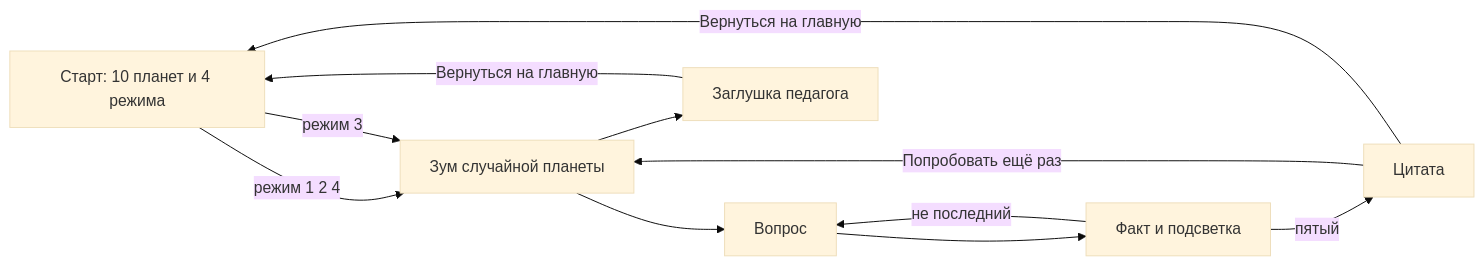
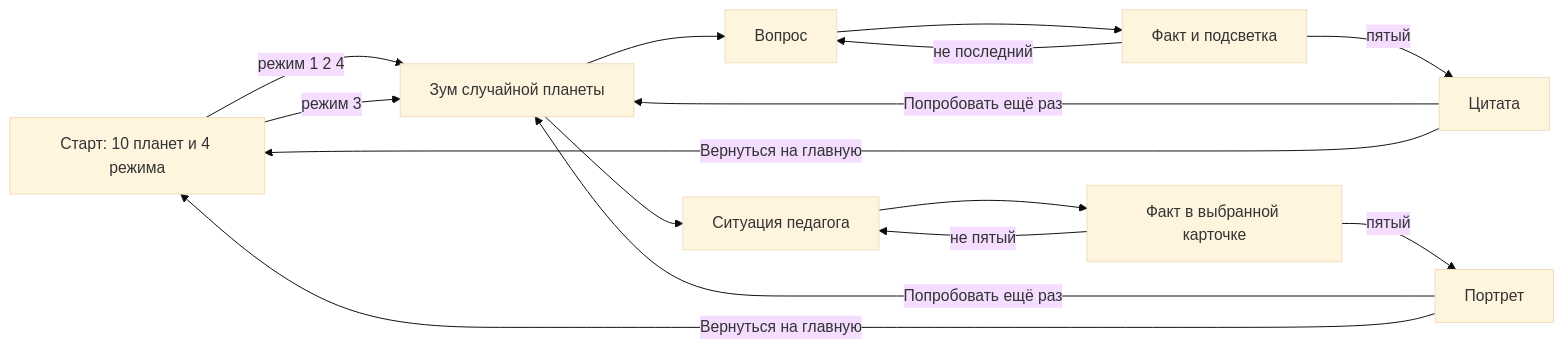
Before and after one commit to JuliaMinullina/Quiz: the diagram in ТРЕБОВАНИЯ.md, drawn with Mermaid (base theme). The commit also changed other lines of this file and 17 other files, not shown here.

````diff
--- a/ТРЕБОВАНИЯ.md
+++ b/ТРЕБОВАНИЯ.md
@@ -40,16 +40,21 @@
 ```mermaid
 flowchart LR
   home[Старт: 10 планет и 4 режима]
   zoom[Зум случайной планеты]
   q[Вопрос]
   fact[Факт и подсветка]
   quote[Цитата]
-  stub[Заглушка педагога]
+  case[Ситуация педагога]
+  caseFact[Факт в выбранной карточке]
+  portrait[Портрет]
   home -->|режим 1 2 4| zoom --> q --> fact
   fact -->|не последний| q
   fact -->|пятый| quote
   quote -->|Попробовать ещё раз| zoom
-  home -->|режим 3| zoom --> stub
-  stub -->|Вернуться на главную| home
+  home -->|режим 3| zoom --> case --> caseFact
+  caseFact -->|не пятый| case
+  caseFact -->|пятый| portrait
+  portrait -->|Попробовать ещё раз| zoom
+  portrait -->|Вернуться на главную| home
   quote -->|Вернуться на главную| home
 ```
````
